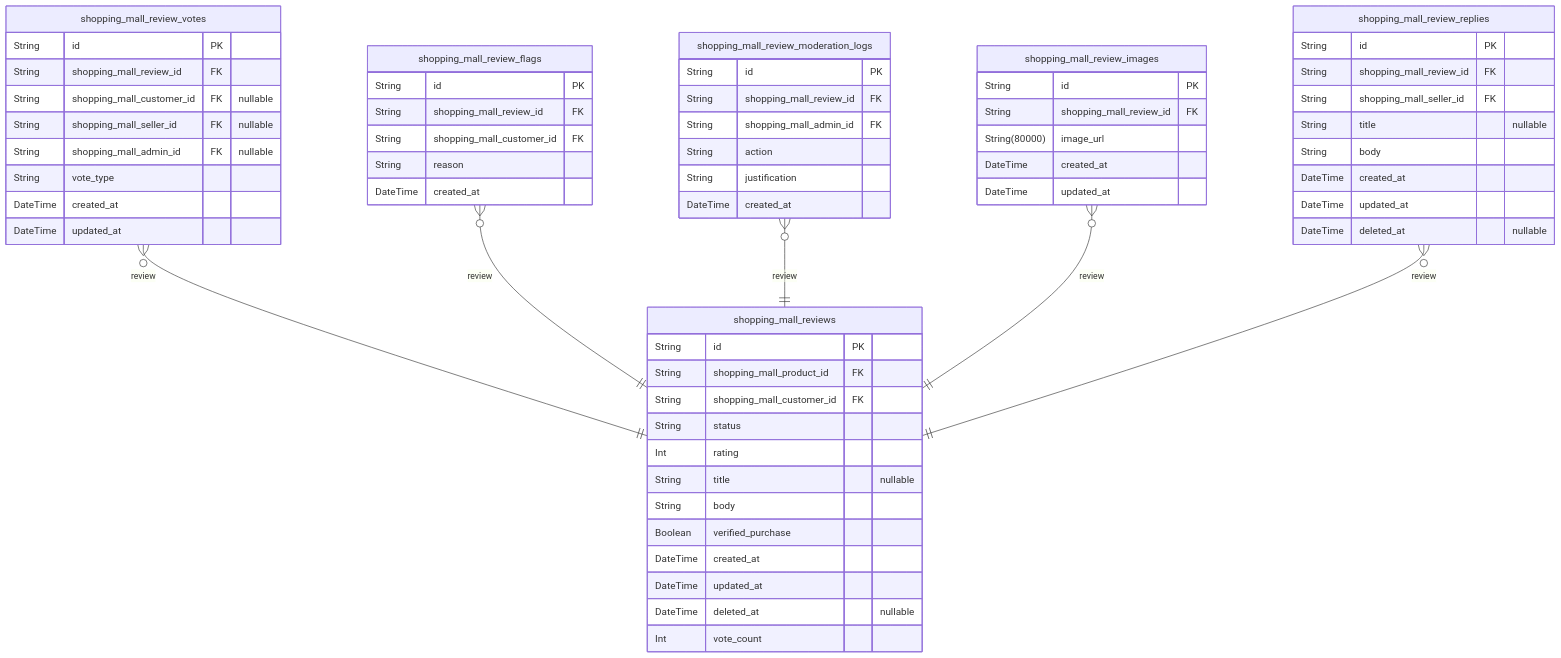
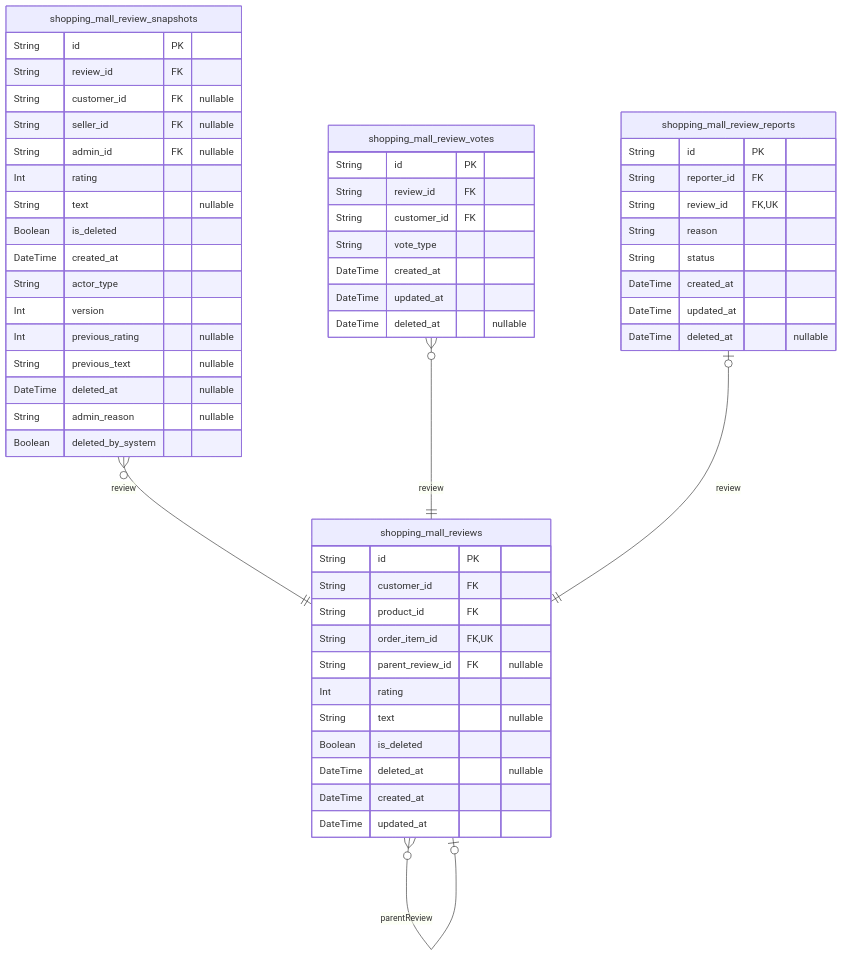
The ninth of 10 diagrams in qwen/qwen3-next-80b-a3b-instruct/shopping/docs/ERD.md (wrtnlabs/autobe-examples), drawn with Mermaid before and after one commit. The commit also changed other lines of this file and 9391 other files, not shown here.

````diff
--- a/qwen/qwen3-next-80b-a3b-instruct/shopping/docs/ERD.md
+++ b/qwen/qwen3-next-80b-a3b-instruct/shopping/docs/ERD.md
@@ -4039,64 +2149,57 @@
 ```mermaid
 erDiagram
 "shopping_mall_reviews" {
   String id PK
-  String shopping_mall_product_id FK
-  String shopping_mall_customer_id FK
-  String status
+  String customer_id FK
+  String product_id FK
+  String order_item_id FK,UK
+  String parent_review_id FK "nullable"
   Int rating
-  String title "nullable"
-  String body
-  Boolean verified_purchase
+  String text "nullable"
+  Boolean is_deleted
+  DateTime deleted_at "nullable"
   DateTime created_at
   DateTime updated_at
+}
+"shopping_mall_review_snapshots" {
+  String id PK
+  String review_id FK
+  String customer_id FK "nullable"
+  String seller_id FK "nullable"
+  String admin_id FK "nullable"
+  Int rating
+  String text "nullable"
+  Boolean is_deleted
+  DateTime created_at
+  String actor_type
+  Int version
+  Int previous_rating "nullable"
+  String previous_text "nullable"
   DateTime deleted_at "nullable"
-  Int vote_count
+  String admin_reason "nullable"
+  Boolean deleted_by_system
 }
 "shopping_mall_review_votes" {
   String id PK
-  String shopping_mall_review_id FK
-  String shopping_mall_customer_id FK "nullable"
-  String shopping_mall_seller_id FK "nullable"
-  String shopping_mall_admin_id FK "nullable"
+  String review_id FK
+  String customer_id FK
   String vote_type
-  DateTime created_at
-  DateTime updated_at
-}
-"shopping_mall_review_flags" {
-  String id PK
-  String shopping_mall_review_id FK
-  String shopping_mall_customer_id FK
-  String reason
-  DateTime created_at
-}
-"shopping_mall_review_moderation_logs" {
-  String id PK
-  String shopping_mall_review_id FK
-  String shopping_mall_admin_id FK
-  String action
-  String justification
-  DateTime created_at
-}
-"shopping_mall_review_images" {
-  String id PK
-  String shopping_mall_review_id FK
-  String(80000) image_url
-  DateTime created_at
-  DateTime updated_at
-}
-"shopping_mall_review_replies" {
-  String id PK
-  String shopping_mall_review_id FK
-  String shopping_mall_seller_id FK
-  String title "nullable"
-  String body
   DateTime created_at
   DateTime updated_at
   DateTime deleted_at "nullable"
 }
+"shopping_mall_review_reports" {
+  String id PK
+  String reporter_id FK
+  String review_id FK,UK
+  String reason
+  String status
+  DateTime created_at
+  DateTime updated_at
+  DateTime deleted_at "nullable"
+}
+"shopping_mall_reviews" }o--o| "shopping_mall_reviews" : parentReview
+"shopping_mall_review_snapshots" }o--|| "shopping_mall_reviews" : review
 "shopping_mall_review_votes" }o--|| "shopping_mall_reviews" : review
-"shopping_mall_review_flags" }o--|| "shopping_mall_reviews" : review
-"shopping_mall_review_moderation_logs" }o--|| "shopping_mall_reviews" : review
-"shopping_mall_review_images" }o--|| "shopping_mall_reviews" : review
-"shopping_mall_review_replies" }o--|| "shopping_mall_reviews" : review
+"shopping_mall_review_reports" |o--|| "shopping_mall_reviews" : review
 ```
````
